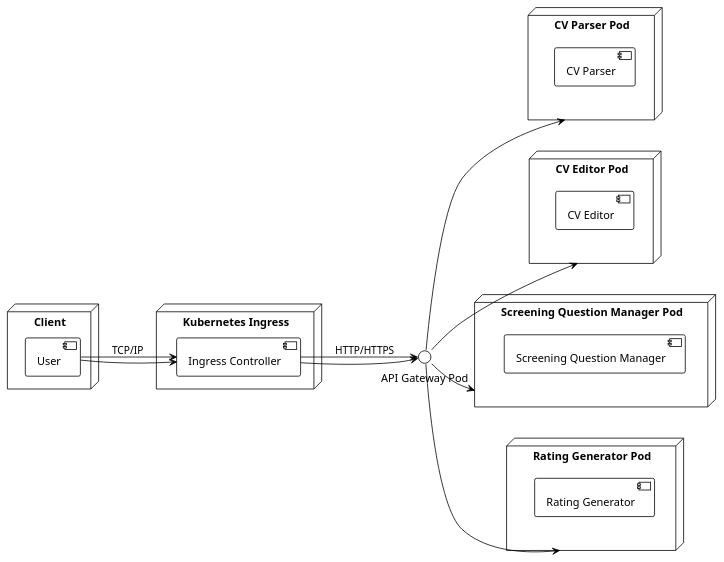
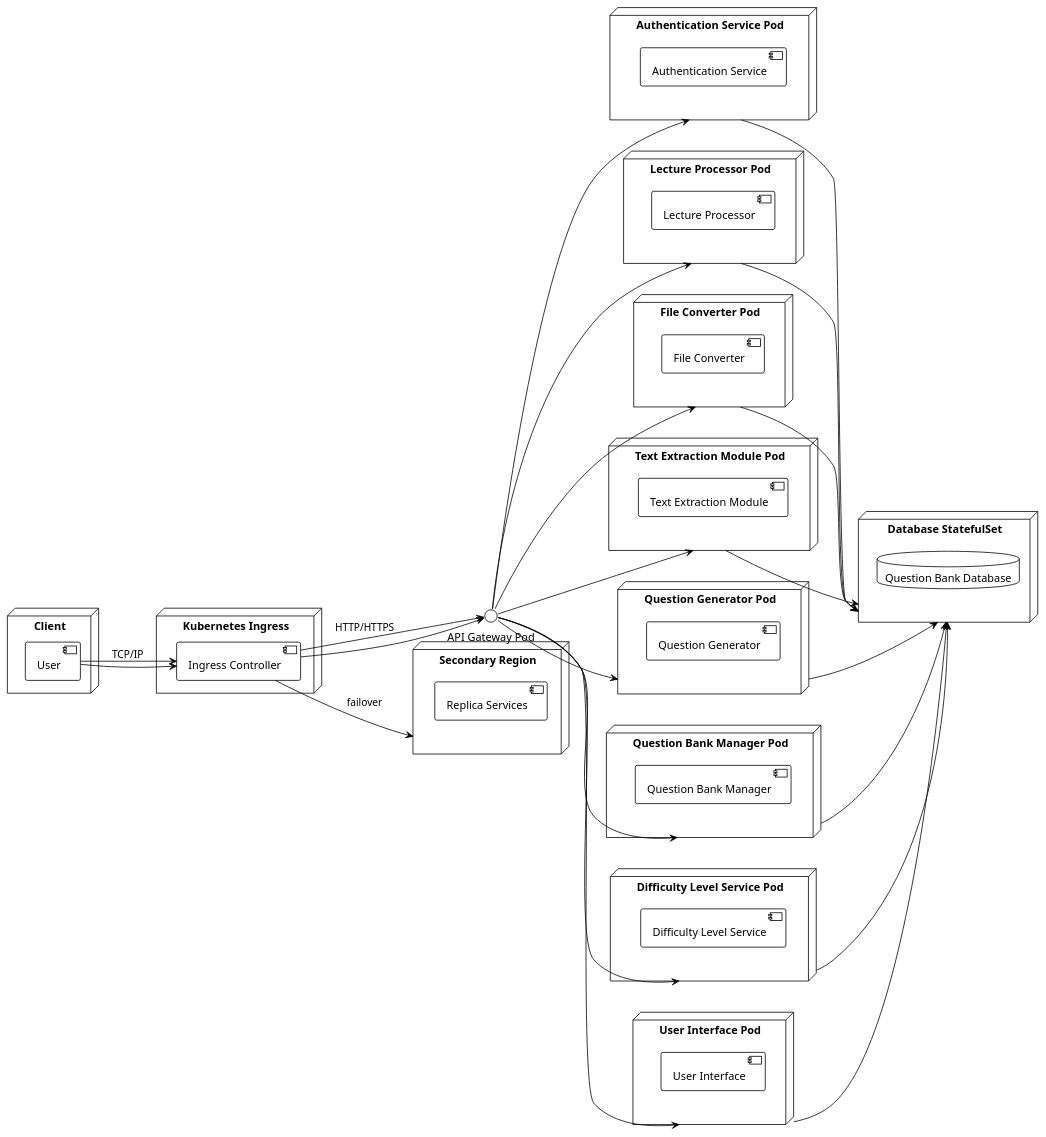
One commit to YoumnaHanyy/GPARCHIMIND changed the diagram in data/outputs/deployment_view.puml. Above: the diagram before and after it, drawn with PlantUML. The commit also changed 20 other files, not shown here.

```diff
--- a/data/outputs/deployment_view.puml
+++ b/data/outputs/deployment_view.puml
@@ -1,30 +1,61 @@
 @startuml
 !theme plain
 left to right direction
 node "Client" {
   component "User"
 }
 node "Kubernetes Ingress" {
   component "Ingress Controller"
 }
-node "CV Parser Pod" {
-  component "CV Parser"
+node "Authentication Service Pod" {
+  component "Authentication Service"
 }
-node "CV Editor Pod" {
-  component "CV Editor"
+node "Lecture Processor Pod" {
+  component "Lecture Processor"
 }
-node "Screening Question Manager Pod" {
-  component "Screening Question Manager"
+node "File Converter Pod" {
+  component "File Converter"
 }
-node "Rating Generator Pod" {
-  component "Rating Generator"
+node "Text Extraction Module Pod" {
+  component "Text Extraction Module"
+}
+node "Question Generator Pod" {
+  component "Question Generator"
+}
+node "Question Bank Manager Pod" {
+  component "Question Bank Manager"
+}
+node "Difficulty Level Service Pod" {
+  component "Difficulty Level Service"
+}
+node "User Interface Pod" {
+  component "User Interface"
+}
+node "Database StatefulSet" {
+  database "Question Bank Database"
 }
 "User" --> "Ingress Controller" : TCP/IP
 "Ingress Controller" --> "API Gateway Pod" : HTTP/HTTPS
 "User" --> "Ingress Controller"
 "Ingress Controller" --> "API Gateway Pod"
-"API Gateway Pod" --> "CV Parser Pod"
-"API Gateway Pod" --> "CV Editor Pod"
-"API Gateway Pod" --> "Screening Question Manager Pod"
-"API Gateway Pod" --> "Rating Generator Pod"
+"API Gateway Pod" --> "Authentication Service Pod"
+"API Gateway Pod" --> "Lecture Processor Pod"
+"API Gateway Pod" --> "File Converter Pod"
+"API Gateway Pod" --> "Text Extraction Module Pod"
+"API Gateway Pod" --> "Question Generator Pod"
+"API Gateway Pod" --> "Question Bank Manager Pod"
+"API Gateway Pod" --> "Difficulty Level Service Pod"
+"API Gateway Pod" --> "User Interface Pod"
+"Authentication Service Pod" --> "Database StatefulSet"
+"Lecture Processor Pod" --> "Database StatefulSet"
+"File Converter Pod" --> "Database StatefulSet"
+"Text Extraction Module Pod" --> "Database StatefulSet"
+"Question Generator Pod" --> "Database StatefulSet"
+"Question Bank Manager Pod" --> "Database StatefulSet"
+"Difficulty Level Service Pod" --> "Database StatefulSet"
+"User Interface Pod" --> "Database StatefulSet"
+node "Secondary Region" {
+  component "Replica Services"
+}
+"Ingress Controller" --> "Secondary Region" : failover
 @enduml
```
